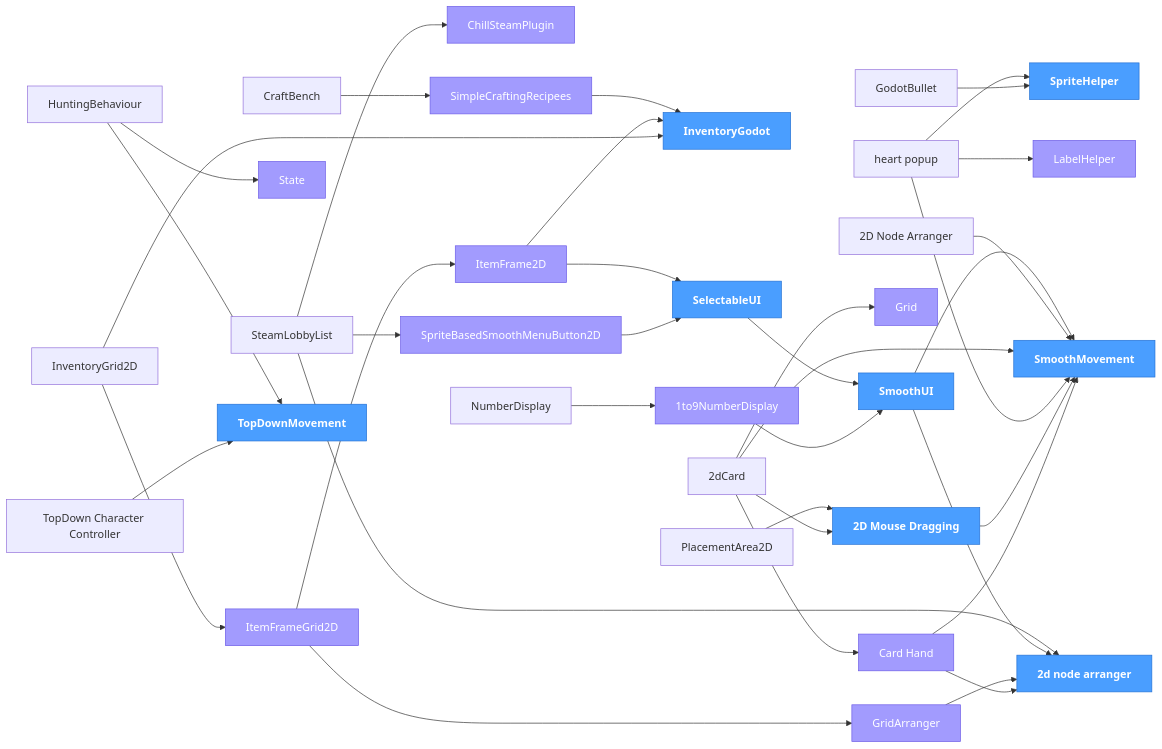
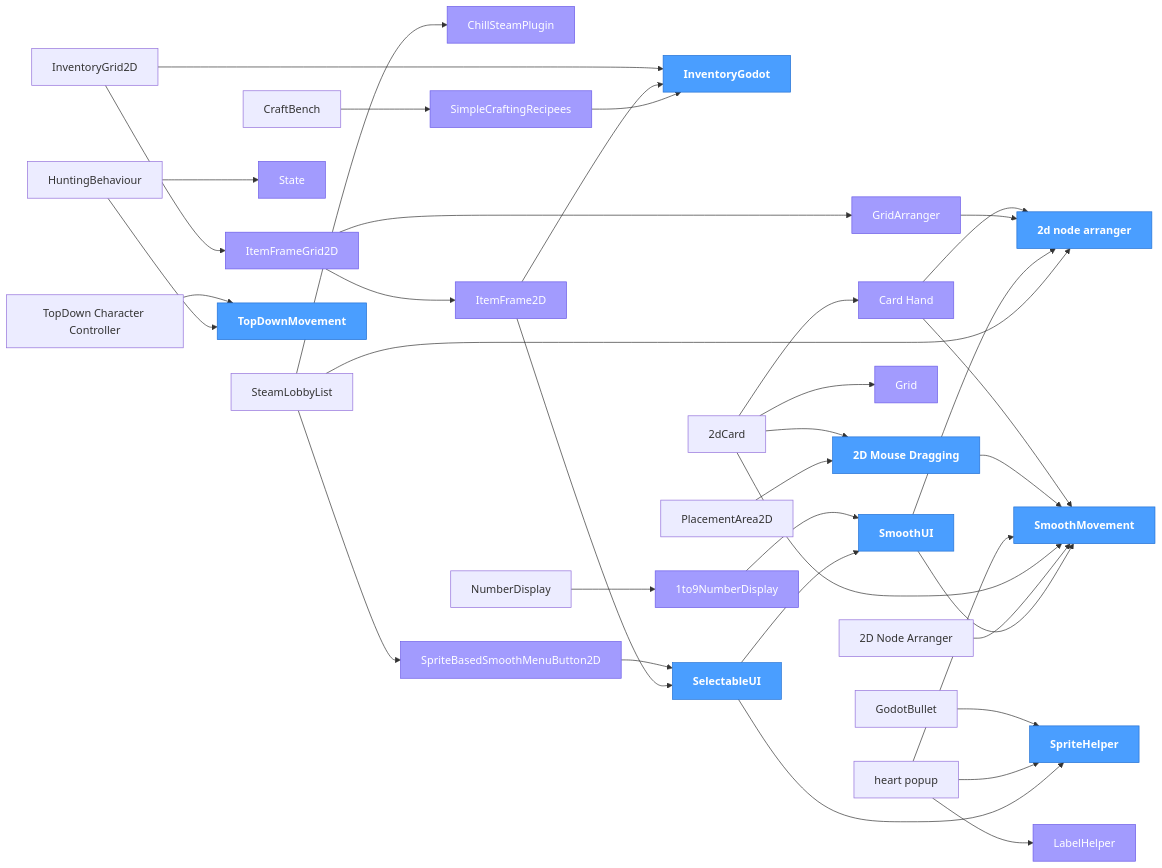
Before and after one commit to ChillCube/.github: the diagram in ADDONS.md, drawn with Mermaid. The commit also changed other lines of this file, not shown here.

Commit message:
registry: update dependency tree

```diff
--- a/ADDONS.md
+++ b/ADDONS.md
@@ -183,6 +184,7 @@
     NumberDisplay --> n_1to9NumberDisplay
     PlacementArea2D --> Godot_2D_Mouse_Dragging
     SelectableUI --> SmoothUI
+    SelectableUI --> SpriteHelper
     SimpleCraftingRecipees --> InventoryGodot
     SmoothUI --> Godot_SmoothMovement
     SmoothUI --> n_2d_node_arranger
```
